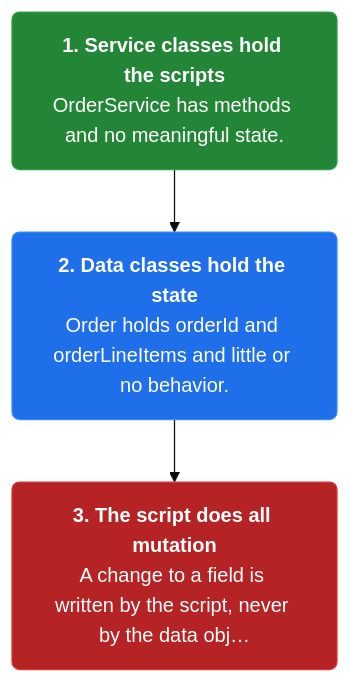
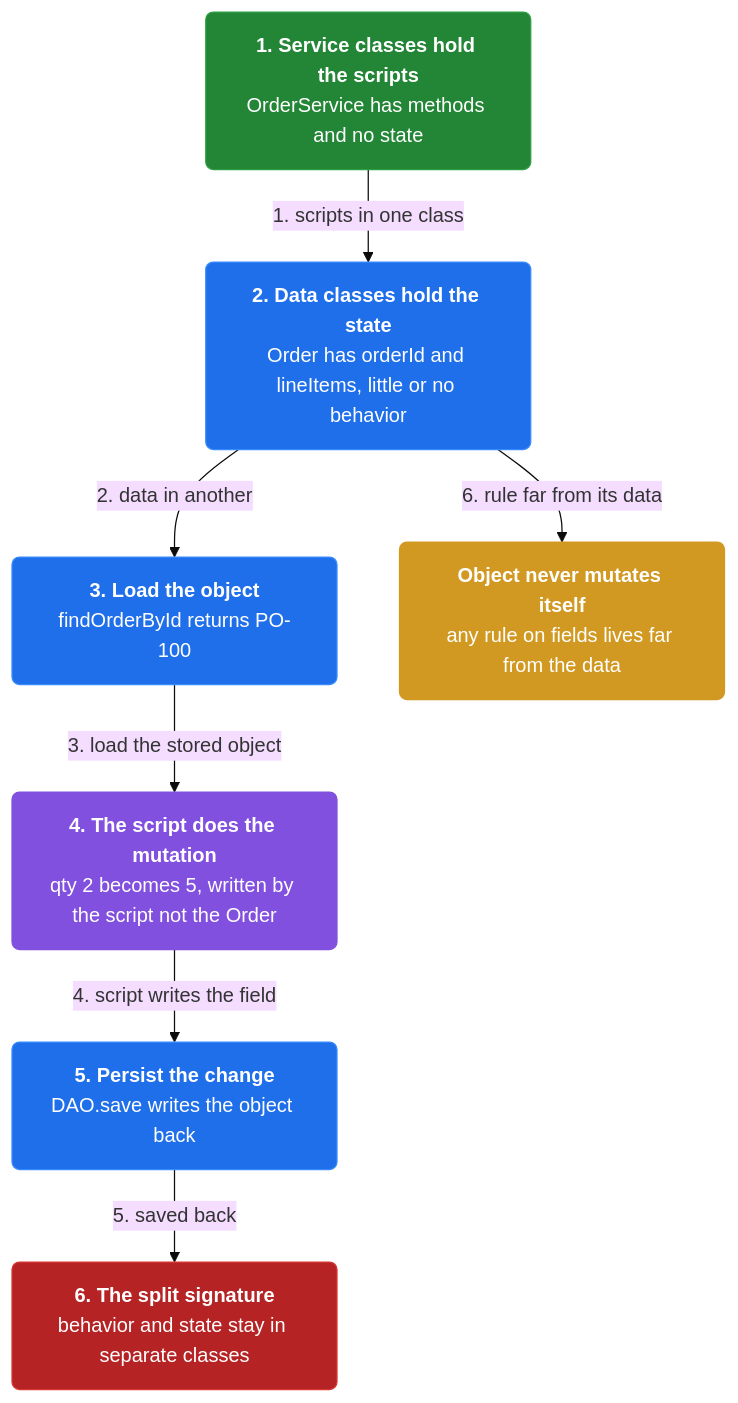
Before and after one commit to vinayakuber/microservices-io-study-guide: the second of 3 diagrams in docs/ch20-transaction-script.md, drawn with Mermaid (base theme). The commit also changed other lines of this file and 46 other files, not shown here.

First line of the commit message:
Author rich branching flow diagrams for all 44 chapters

````diff
--- a/docs/ch20-transaction-script.md
+++ b/docs/ch20-transaction-script.md
@@ -49,11 +59,21 @@
 ```mermaid
 flowchart TD
-  classDef step fill:#1f6feb,color:#ffffff,stroke:#388bfd,stroke-width:1px,rx:6
+  classDef step fill:#1f6feb,color:#ffffff,stroke:#388bfd,rx:6
+  classDef core fill:#8250df,color:#ffffff,stroke:#8250df,rx:6
+  classDef warn fill:#d29922,color:#ffffff,stroke:#d29922,rx:6
   classDef start fill:#238636,color:#ffffff,stroke:#2ea043,rx:6
   classDef stop fill:#b62324,color:#ffffff,stroke:#da3633,rx:6
-  s1n0["<b>1. Service classes hold the scripts</b><br/>OrderService has methods and no meaningful state."]:::start
-  s1n1["<b>2. Data classes hold the state</b><br/>Order holds orderId and orderLineItems and little or no behavior."]:::step
-  s1n2["<b>3. The script does all mutation</b><br/>A change to a field is written by the script, never by the data obj…"]:::stop
-  s1n0 --> s1n1
-  s1n1 --> s1n2
+  n0["<b>1. Service classes hold the scripts</b><br/>OrderService has methods and no state"]:::start
+  n1["<b>2. Data classes hold the state</b><br/>Order has orderId and lineItems, little or no behavior"]:::step
+  n2["<b>3. Load the object</b><br/>findOrderById returns PO-100"]:::step
+  n3["<b>4. The script does the mutation</b><br/>qty 2 becomes 5, written by the script not the Order"]:::core
+  n4["<b>5. Persist the change</b><br/>DAO.save writes the object back"]:::step
+  n5["<b>6. The split signature</b><br/>behavior and state stay in separate classes"]:::stop
+  n6["<b>Object never mutates itself</b><br/>any rule on fields lives far from the data"]:::warn
+  n0 -->|"1. scripts in one class"| n1
+  n1 -->|"2. data in another"| n2
+  n2 -->|"3. load the stored object"| n3
+  n3 -->|"4. script writes the field"| n4
+  n4 -->|"5. saved back"| n5
+  n1 -->|"6. rule far from its data"| n6
 ```
````
